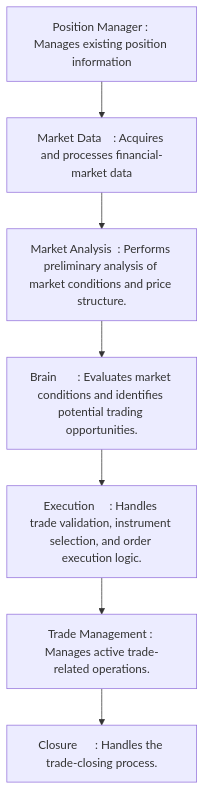
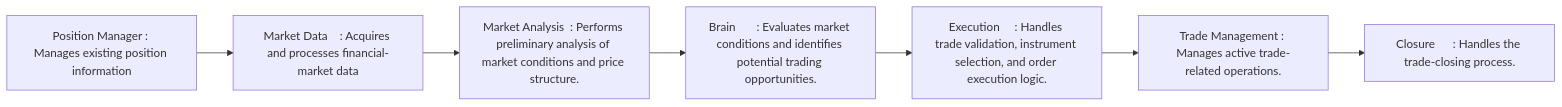
Before and after one commit to shivam42735776/E0-engine-documentation: the diagram in README.md, drawn with Mermaid.

Commit message:
Change flowchart direction from TD to LR
Updated flowchart direction in README.

````diff
--- a/README.md
+++ b/README.md
@@ -102,12 +102,12 @@
 ```mermaid
-flowchart TD
+flowchart LR
     A["Position Manager : Manages existing position information"]
     B["  Market Data    : Acquires and processes financial-market data"]
     C["Market Analysis  : Performs preliminary analysis of market conditions and price structure."]
     D["     Brain       : Evaluates market conditions and identifies potential trading opportunities."]
     E["   Execution     : Handles trade validation, instrument selection, and order execution logic."]
     F["Trade Management : Manages active trade-related operations."]
     G["    Closure      : Handles the trade-closing process."]
 
     A --> B --> C --> D --> E --> F --> G
 ```
````
